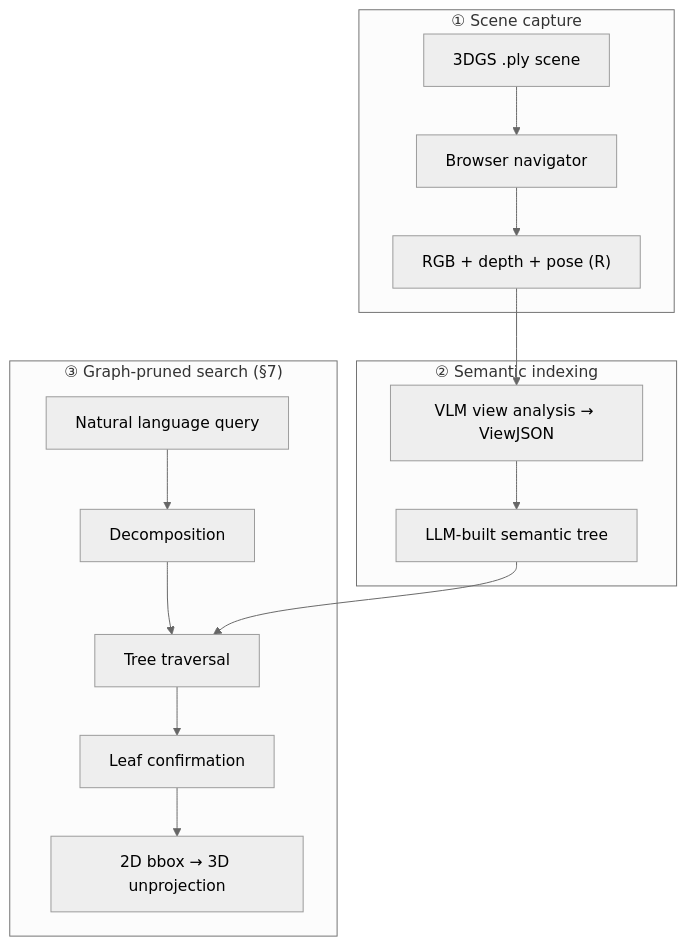
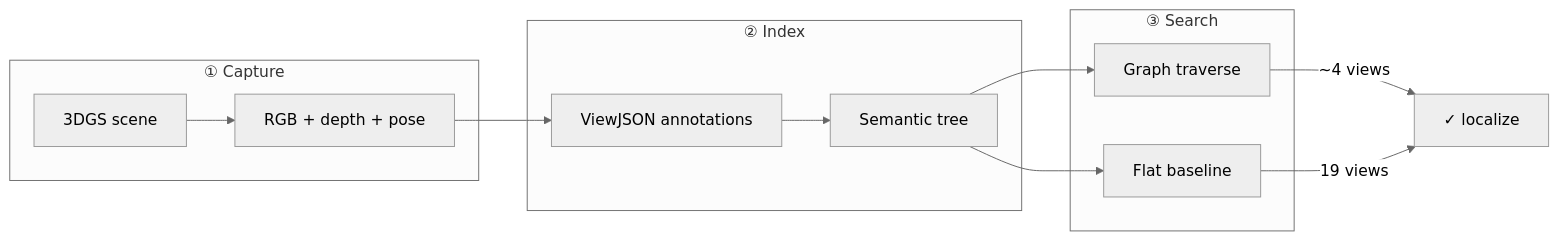
Before and after one commit to BearAx/beyond-proximity-public: the diagram in README.md, drawn with Mermaid (neutral theme). The commit also changed other lines of this file and 4 other files, not shown here.

````diff
--- a/README.md
+++ b/README.md
@@ -78,26 +84,20 @@
 ```mermaid
-flowchart TB
-    subgraph Capture["① Scene capture"]
-        PLY["3DGS .ply scene"]
-        NAV["Browser navigator"]
-        CAP["RGB + depth + pose (R)"]
-        PLY --> NAV --> CAP
+flowchart LR
+    subgraph A["① Capture"]
+        PLY["3DGS scene"]
+        CAP["RGB + depth + pose"]
     end
-
-    subgraph Index["② Semantic indexing"]
-        VLM["VLM view analysis → ViewJSON"]
-        TREE["LLM-built semantic tree"]
-        CAP --> VLM --> TREE
+    subgraph B["② Index"]
+        VLM["ViewJSON annotations"]
+        TREE["Semantic tree"]
     end
-
-    subgraph Query["③ Graph-pruned search (§7)"]
-        Q["Natural language query"]
-        DEC["Decomposition"]
-        TRA["Tree traversal"]
-        LEAF["Leaf confirmation"]
-        BBOX["2D bbox → 3D unprojection"]
-        Q --> DEC --> TRA --> LEAF --> BBOX
+    subgraph C["③ Search"]
+        G["Graph traverse"]
+        F["Flat baseline"]
     end
-
-    TREE --> TRA
+    PLY --> CAP --> VLM --> TREE
+    TREE --> G
+    TREE --> F
+    G -->|"~4 views"| OK["✓ localize"]
+    F -->|"19 views"| OK
 ```
````
